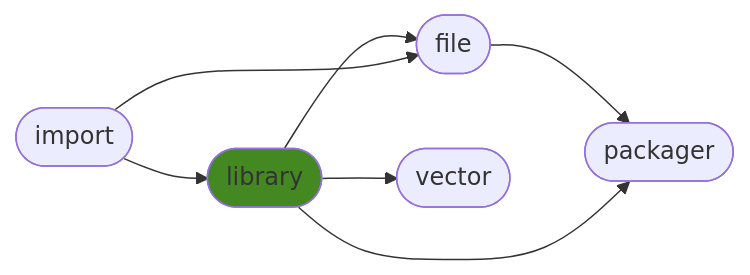
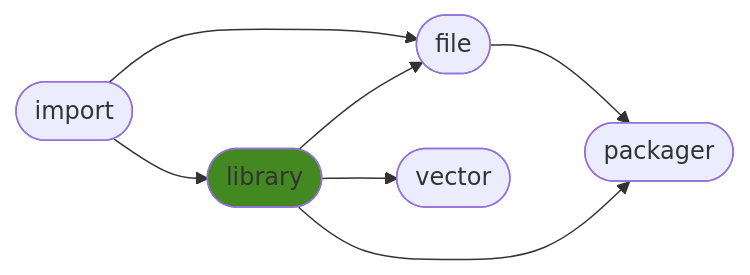
One commit to ManderaGeneral/generallibrary changed the diagram in README.md. Above: the diagram before and after it, drawn with Mermaid. The commit also changed other lines of this file, not shown here.

````diff
--- a/README.md
+++ b/README.md
@@ -24,15 +24,15 @@
 ```mermaid
 flowchart LR
-1([library]) --> 2([file])
+0([import]) --> 2([file])
+0([import]) --> 1([library])
 2([file]) --> 4([packager])
 1([library]) --> 4([packager])
-0([import]) --> 1([library])
+1([library]) --> 2([file])
 1([library]) --> 3([vector])
-0([import]) --> 2([file])
 click 0 "https://github.com/ManderaGeneral/generalimport"
 click 1 "https://github.com/ManderaGeneral/generallibrary"
 click 2 "https://github.com/ManderaGeneral/generalfile"
 click 3 "https://github.com/ManderaGeneral/generalvector"
 click 4 "https://github.com/ManderaGeneral/generalpackager"
 style 1 fill:#482
 ```
````
